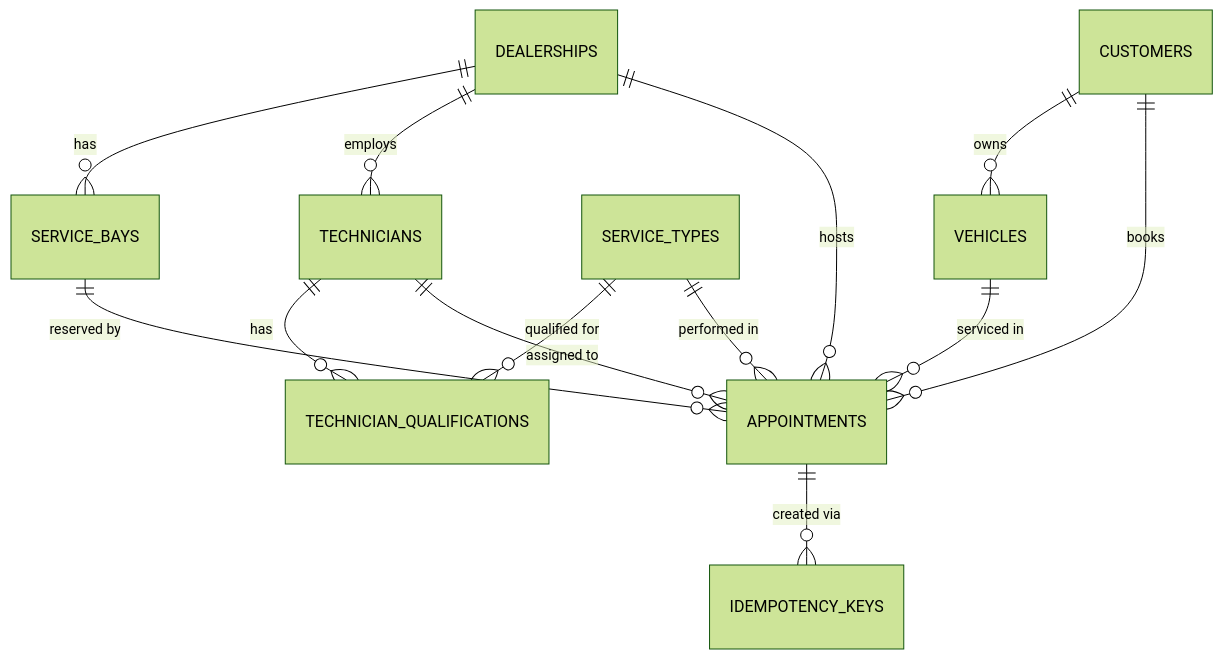
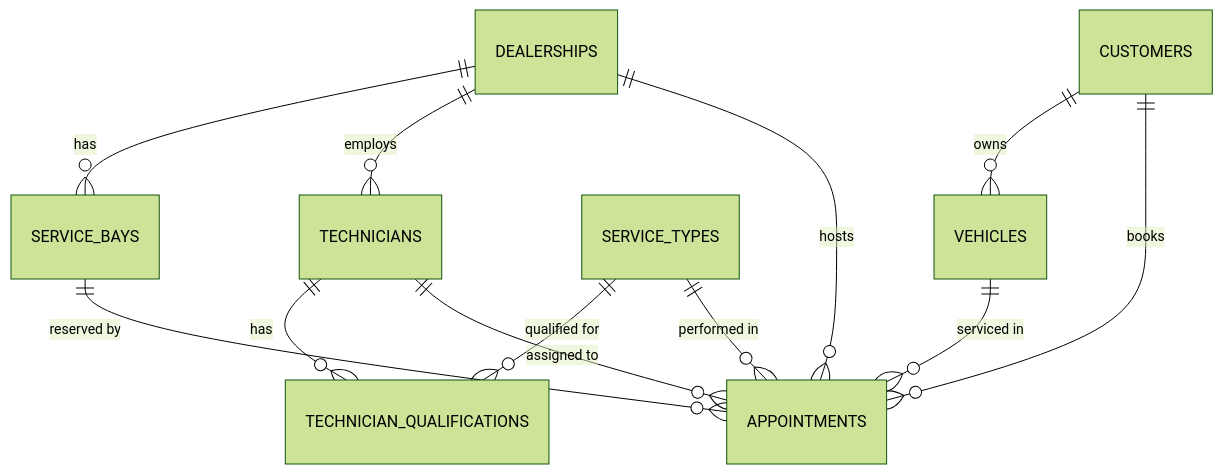
The diagram in docs/data-dictionary.md (rogeryudya/keyloop-scenario-a), drawn with Mermaid (forest theme) before and after one commit. The commit also changed other lines of this file and 22 other files, not shown here.

First line of the commit message:
refactor(appointments): store Idempotency-Key on appointments instead of a separate table (FR-11)

````diff
--- a/docs/data-dictionary.md
+++ b/docs/data-dictionary.md
@@ -18,15 +18,14 @@
 ```mermaid
 erDiagram
     DEALERSHIPS ||--o{ SERVICE_BAYS : has
     DEALERSHIPS ||--o{ TECHNICIANS : employs
     TECHNICIANS ||--o{ TECHNICIAN_QUALIFICATIONS : has
     SERVICE_TYPES ||--o{ TECHNICIAN_QUALIFICATIONS : "qualified for"
     CUSTOMERS ||--o{ VEHICLES : owns
     DEALERSHIPS ||--o{ APPOINTMENTS : hosts
     SERVICE_BAYS ||--o{ APPOINTMENTS : "reserved by"
     TECHNICIANS ||--o{ APPOINTMENTS : "assigned to"
     SERVICE_TYPES ||--o{ APPOINTMENTS : "performed in"
     CUSTOMERS ||--o{ APPOINTMENTS : books
     VEHICLES ||--o{ APPOINTMENTS : "serviced in"
-    APPOINTMENTS ||--o{ IDEMPOTENCY_KEYS : "created via"
 ```
````
